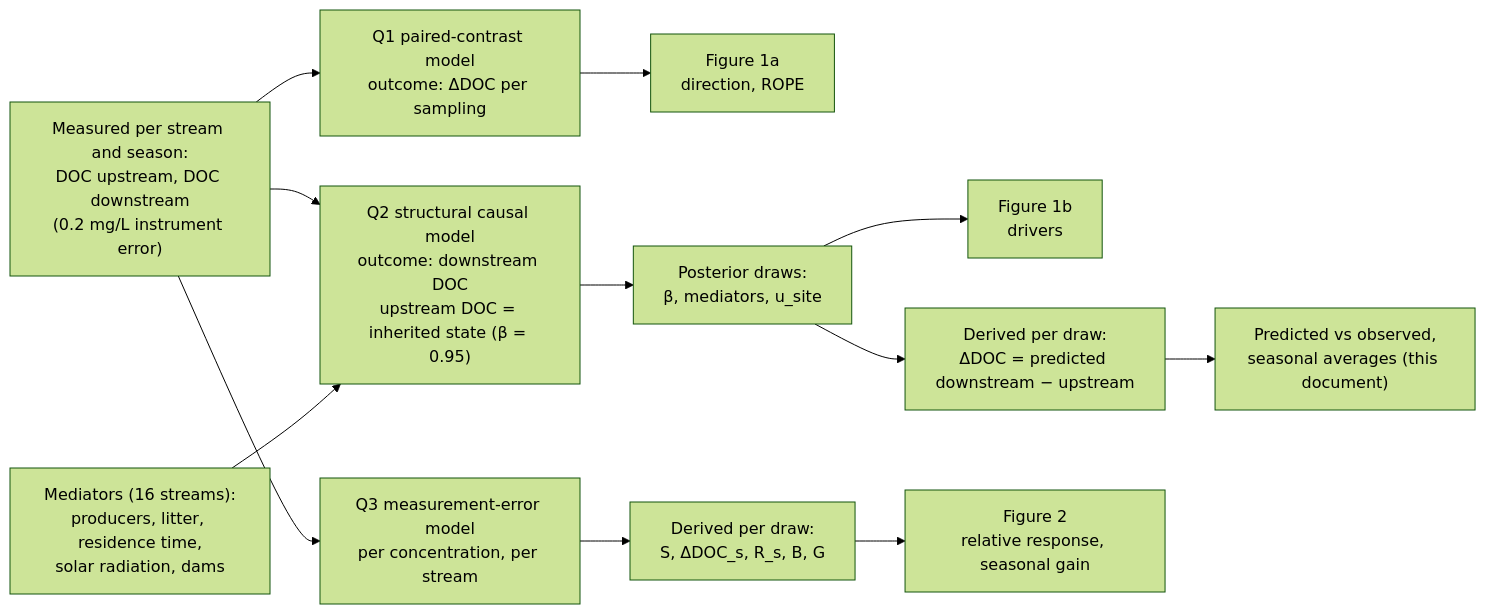
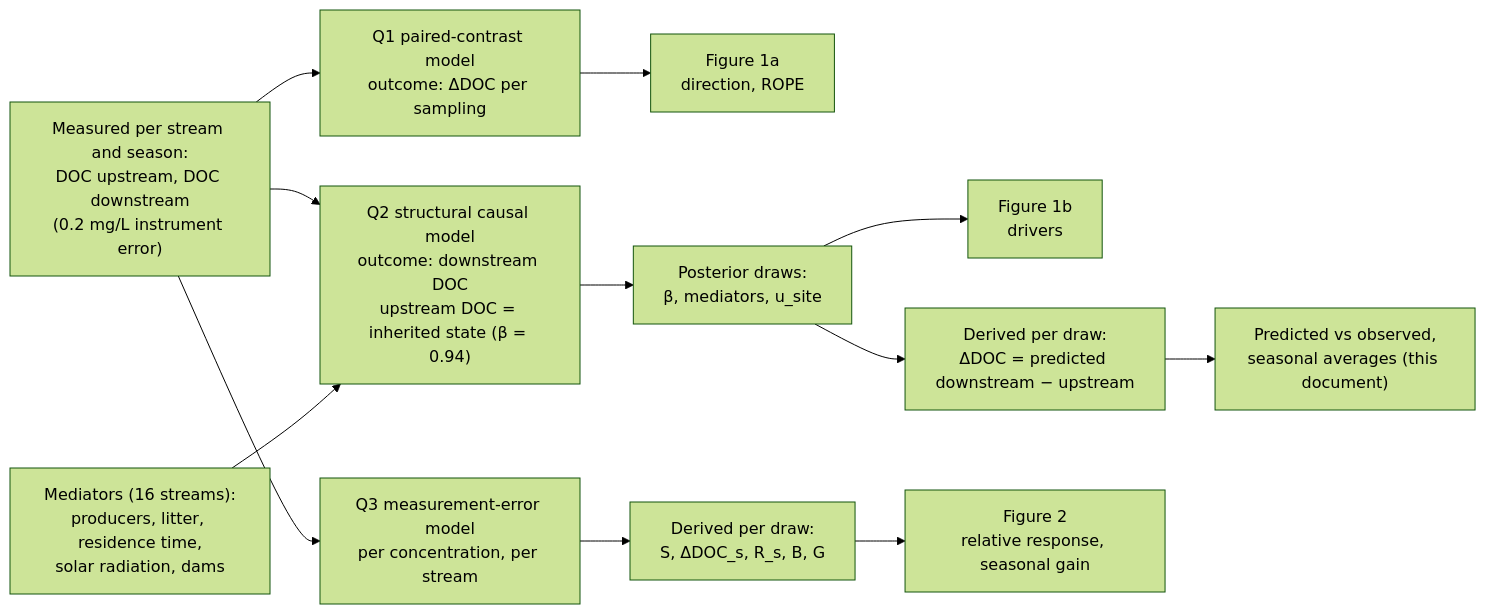
One commit to leomarameo7/beavers_DOC changed the diagram in notebook/scm_outcome_choice.qmd. Above: the diagram before and after it, drawn with Mermaid (forest theme). The commit also changed other lines of this file and 4 other files, not shown here.

````diff
--- a/notebook/scm_outcome_choice.qmd
+++ b/notebook/scm_outcome_choice.qmd
@@ -588,15 +525,15 @@
 ```{mermaid}
 %%| fig-cap: "From the four measured concentrations to the quantities reported in the manuscript. The SCM (Q2) predicts downstream DOC; ΔDOC is derived from its posterior. Q1 and Q3 use the concentrations directly through their own measurement-error models."
 flowchart LR
   A["Measured per stream and season:<br/>DOC upstream, DOC downstream<br/>(0.2 mg/L instrument error)"] --> Q1
   A --> SCM
   A --> Q3
   M["Mediators (16 streams):<br/>producers, litter, residence time,<br/>solar radiation, dams"] --> SCM
   Q1["Q1 paired-contrast model<br/>outcome: ΔDOC per sampling"] --> F1["Figure 1a<br/>direction, ROPE"]
-  SCM["Q2 structural causal model<br/>outcome: downstream DOC<br/>upstream DOC = inherited state (β = 0.95)"] --> Pp["Posterior draws:<br/>β, mediators, u_site"]
+  SCM["Q2 structural causal model<br/>outcome: downstream DOC<br/>upstream DOC = inherited state (β = 0.94)"] --> Pp["Posterior draws:<br/>β, mediators, u_site"]
   Pp --> F1b["Figure 1b<br/>drivers"]
   Pp --> D["Derived per draw:<br/>ΔDOC = predicted downstream − upstream"]
   D --> CHK["Predicted vs observed,<br/>seasonal averages (this document)"]
   Q3["Q3 measurement-error model<br/>per concentration, per stream"] --> DV["Derived per draw:<br/>S, ΔDOC_s, R_s, B, G"]
   DV --> F2["Figure 2<br/>relative response, seasonal gain"]
 ```
````
